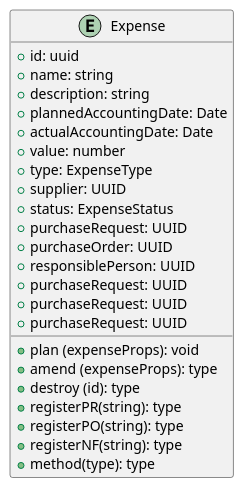
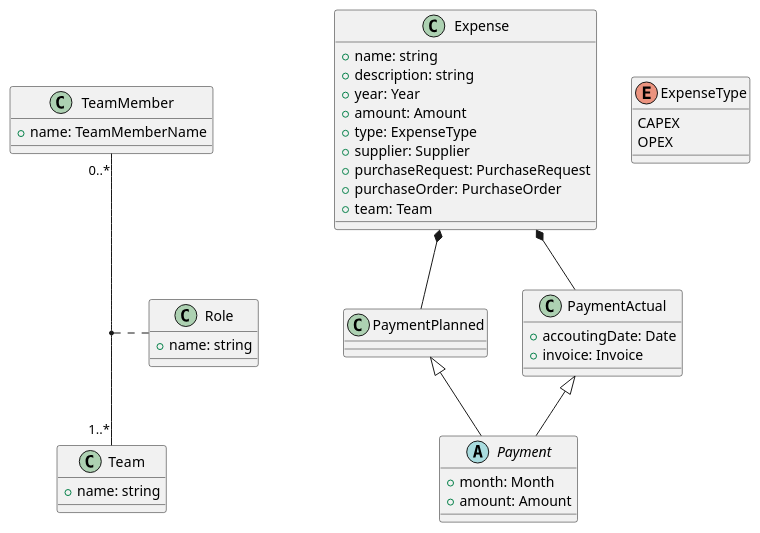
The diagram in uml/class-diagram.wsd (celsopires1999/expenses-planning), drawn with PlantUML before and after one commit.

Commit message:
docs: Class Diagram

```diff
--- a/uml/class-diagram.wsd
+++ b/uml/class-diagram.wsd
@@ -1,29 +1,54 @@
 @startuml
+class Expense {
+    + name: string 
+    + description: string 
+    + year: Year
+    + amount: Amount
+    + type: ExpenseType
+    + supplier: Supplier
+    + purchaseRequest: PurchaseRequest
+    + purchaseOrder: PurchaseOrder
+    + team: Team
+}
+enum ExpenseType {
+    CAPEX
+    OPEX
+}
+abstract class Payment {
+    + month: Month
+    + amount: Amount
+}
 
-entity Expense
+class PaymentPlanned {
 
-Expense : + id: uuid
-Expense : + name: string 
-Expense : + description: string 
-Expense : + plannedAccountingDate: Date
-Expense : + actualAccountingDate: Date
-Expense : + value: number
-Expense : + type: ExpenseType
-Expense : + supplier: UUID
-Expense : + status: ExpenseStatus
-Expense : + purchaseRequest: UUID
-Expense : + purchaseOrder: UUID
-Expense : + responsiblePerson: UUID
-Expense : + purchaseRequest: UUID
-Expense : + purchaseRequest: UUID
-Expense : + purchaseRequest: UUID
+}
 
-Expense : + plan (expenseProps): void
-Expense : + amend (expenseProps): type
-Expense : + destroy (id): type
-Expense : + registerPR(string): type
-Expense : + registerPO(string): type
-Expense : + registerNF(string): type
-Expense : + method(type): type
+class PaymentActual {
+  + accoutingDate: Date
+  + invoice: Invoice
+}
+
+PaymentPlanned <|-- Payment
+PaymentActual <|-- Payment
+
+Expense *-- PaymentPlanned
+Expense *-- PaymentActual
+
+class TeamMember {
+    + name: TeamMemberName
+}
+
+class Team { 
+    + name: string
+}
+
+class Role { 
+    + name: string
+}
+
+TeamMember "0..*" -- "1..*" Team
+(TeamMember, Team) . Role
+
+
 
 @enduml
```
